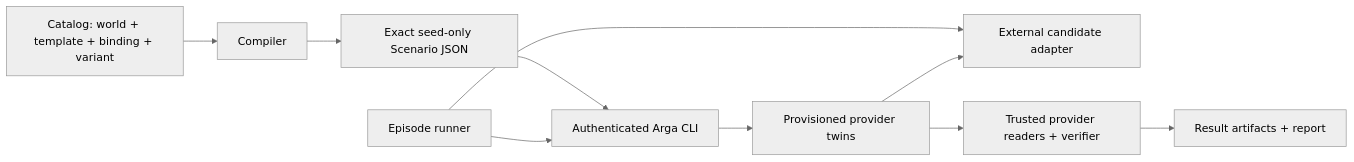
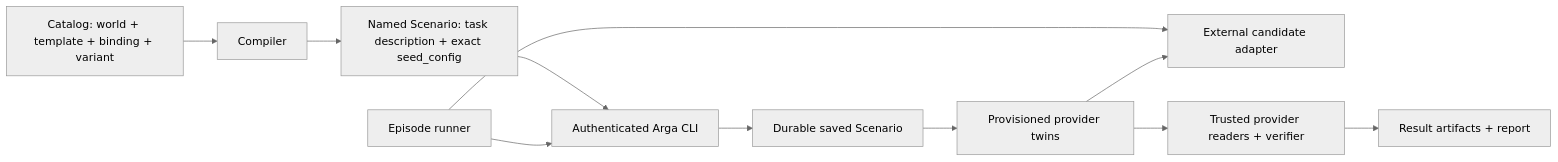
One commit to ArgaLabs/arga-twins-benchmark changed the diagram in docs/architecture.md. Above: the diagram before and after it, drawn with Mermaid (neutral theme). The commit also changed other lines of this file and 14 other files, not shown here.

````diff
--- a/docs/architecture.md
+++ b/docs/architecture.md
@@ -7,12 +7,13 @@
 ```mermaid
 flowchart LR
     C["Catalog: world + template + binding + variant"] --> P["Compiler"]
-    P --> S["Exact seed-only Scenario JSON"]
+    P --> S["Named Scenario: task description + exact seed_config"]
     S --> CLI["Authenticated Arga CLI"]
-    CLI --> T["Provisioned provider twins"]
+    CLI --> RGS["Durable saved Scenario"]
+    RGS --> T["Provisioned provider twins"]
     R["Episode runner"] --> CLI
     R --> I["External candidate adapter"]
     T --> I
     T --> V["Trusted provider readers + verifier"]
     V --> O["Result artifacts + report"]
 ```
````
